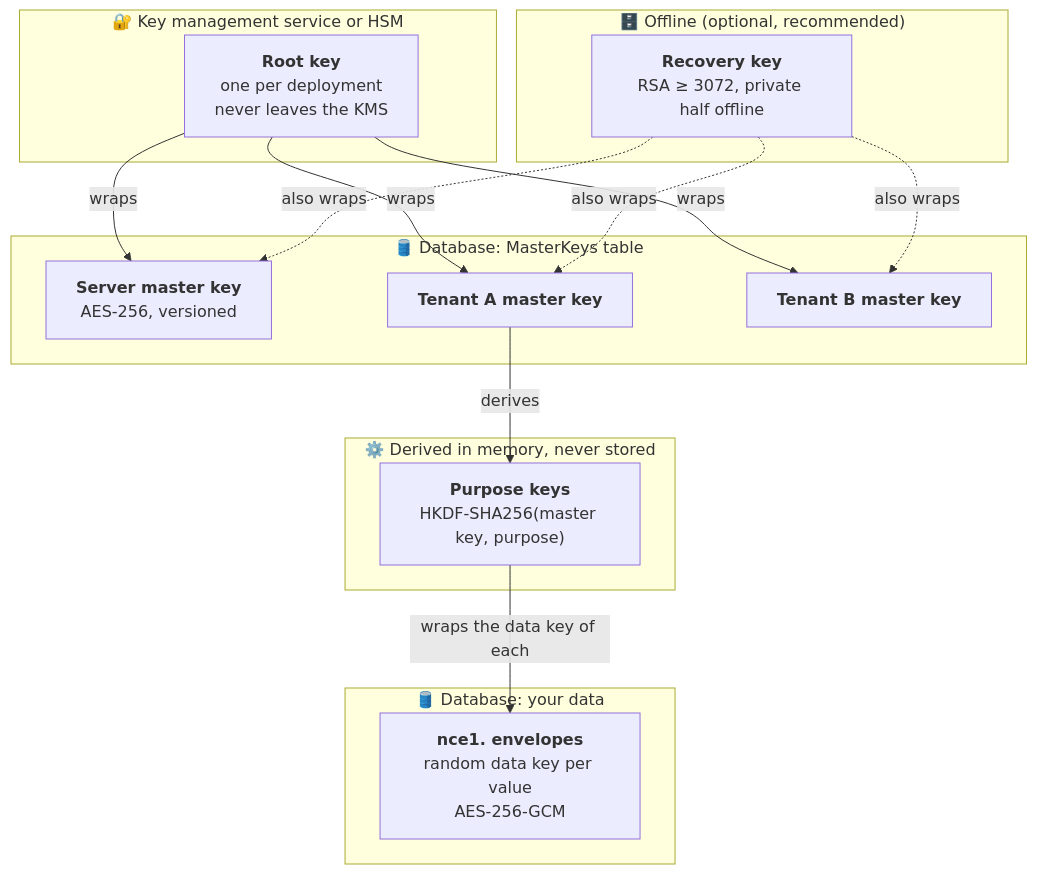
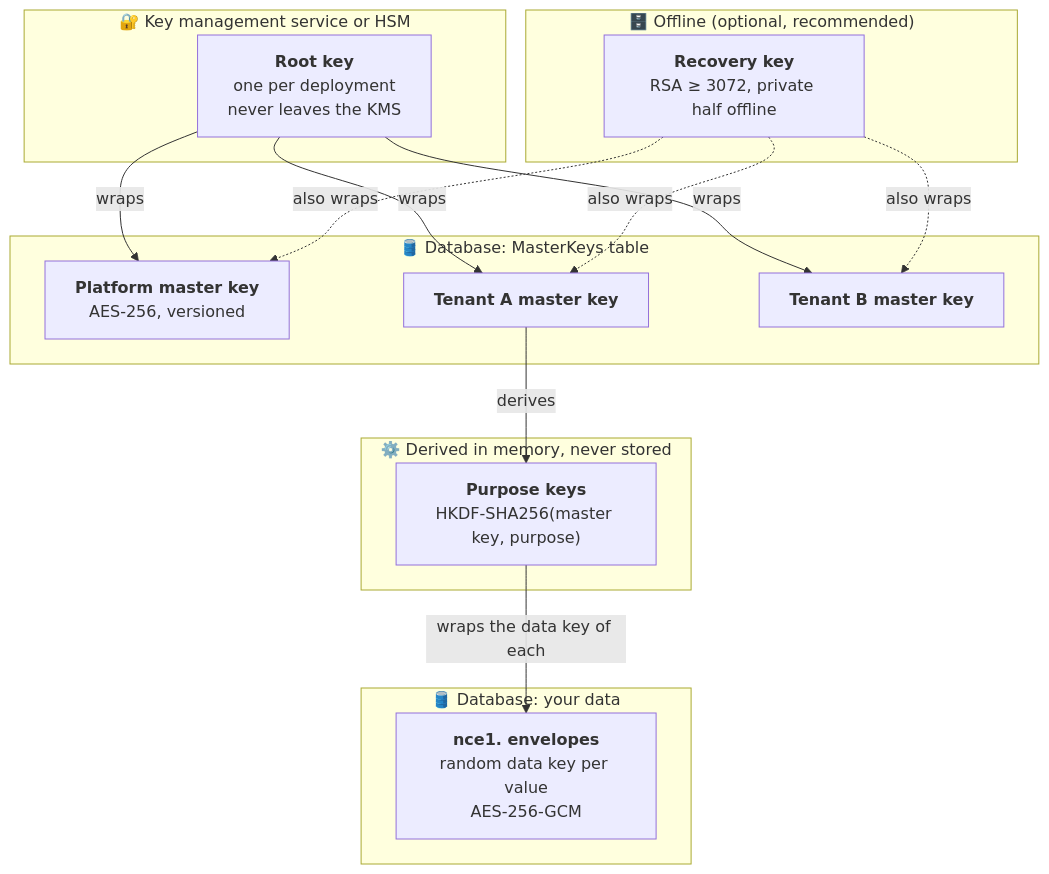
Before and after one commit to NCodeGroup/Identity: the first of 3 diagrams in docs/capabilities/encryption-at-rest.md, drawn with Mermaid. The commit also changed other lines of this file and 585 other files, not shown here.

````diff
--- a/docs/capabilities/encryption-at-rest.md
+++ b/docs/capabilities/encryption-at-rest.md
@@ -69,25 +69,25 @@
 ```mermaid
 flowchart TB
     subgraph KMS["🔐 Key management service or HSM"]
         ROOT["<b>Root key</b><br/>one per deployment<br/>never leaves the KMS"]
     end
     subgraph OFFLINE["🗄️ Offline (optional, recommended)"]
         REC["<b>Recovery key</b><br/>RSA ≥ 3072, private half offline"]
     end
     subgraph DB["🛢️ Database: MasterKeys table"]
-        MKS["<b>Server master key</b><br/>AES-256, versioned"]
+        MKS["<b>Platform master key</b><br/>AES-256, versioned"]
         MKA["<b>Tenant A master key</b>"]
         MKB["<b>Tenant B master key</b>"]
     end
     subgraph MEM["⚙️ Derived in memory, never stored"]
         PK["<b>Purpose keys</b><br/>HKDF-SHA256(master key, purpose)"]
     end
     subgraph ROWS["🛢️ Database: your data"]
         ENV["<b>nce1. envelopes</b><br/>random data key per value<br/>AES-256-GCM"]
     end
 
     ROOT -- "wraps" --> MKS & MKA & MKB
     REC -. "also wraps" .-> MKS & MKA & MKB
     MKA -- "derives" --> PK
     PK -- "wraps the data key of each" --> ENV
 ```
````
